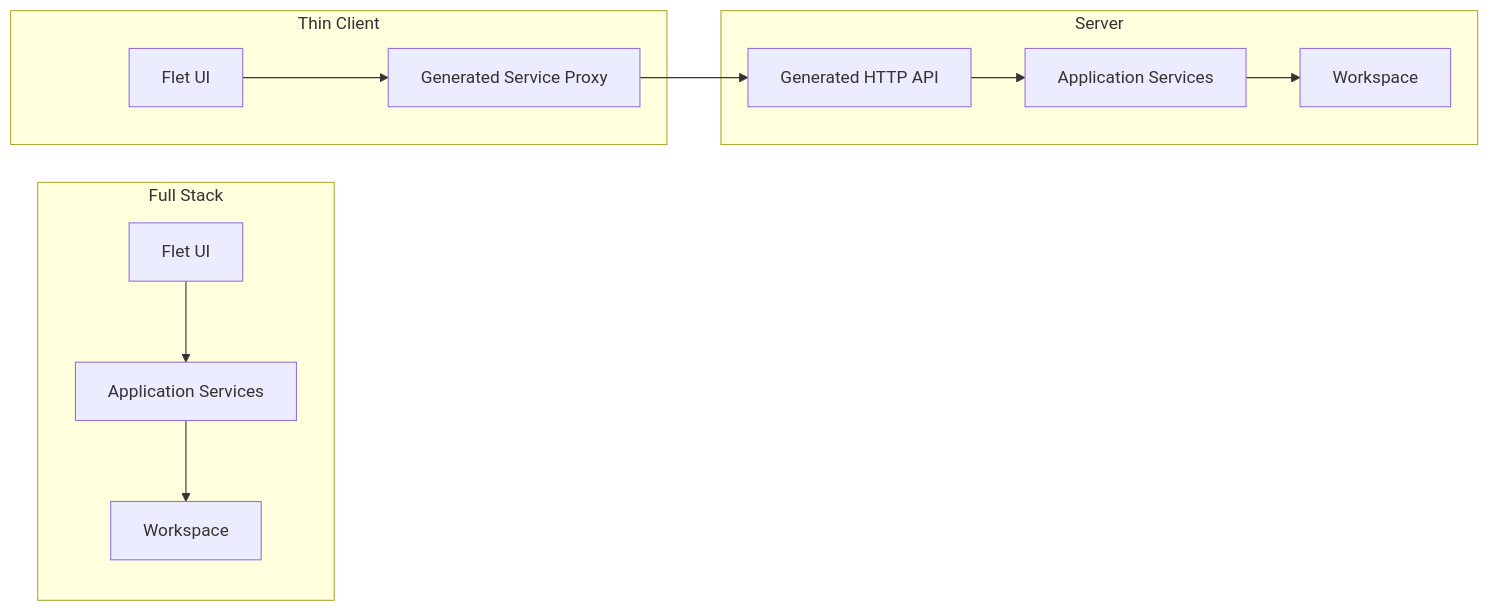
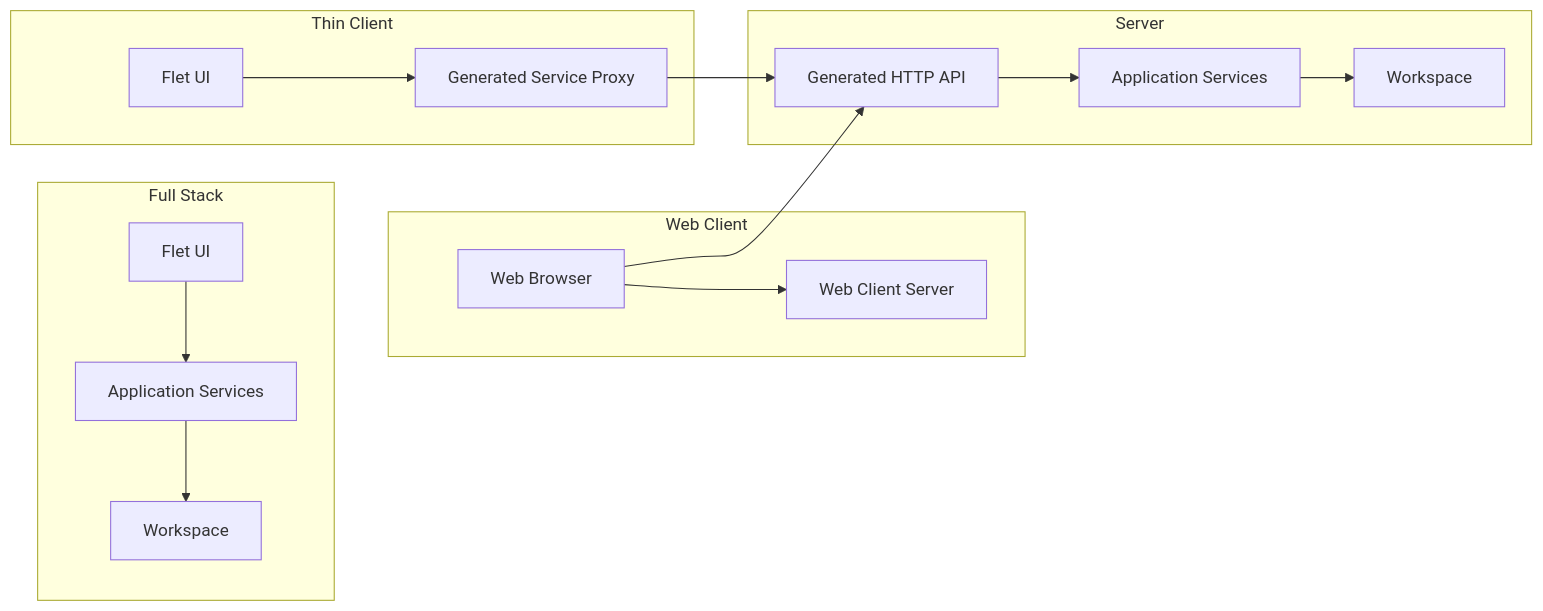
Before and after one commit to svanschooten/Chronicler: the diagram in README.md, drawn with Mermaid. The commit also changed other lines of this file and 16 other files, not shown here.

````diff
--- a/README.md
+++ b/README.md
@@ -96,28 +102,35 @@
 ```mermaid
 flowchart LR
 
 subgraph Full Stack
     UI1[Flet UI]
     S1[Application Services]
     DB1[Workspace]
     UI1 --> S1
     S1 --> DB1
 end
 
 subgraph Thin Client
     UI2[Flet UI]
     Proxy[Generated Service Proxy]
     UI2 --> Proxy
 end
 
+subgraph Web Client
+    Browser[Web Browser]
+    WS[Web Client Server]
+    Browser --> WS
+end
+
 subgraph Server
     API[Generated HTTP API]
     S2[Application Services]
     DB2[Workspace]
 
     API --> S2
     S2 --> DB2
 end
 
 Proxy --> API
+Browser --> API
 ```
````
